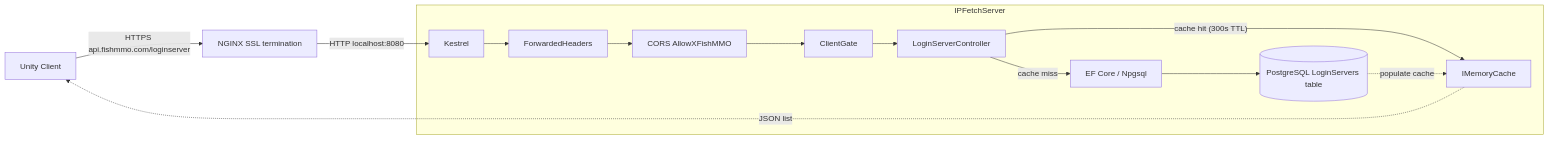
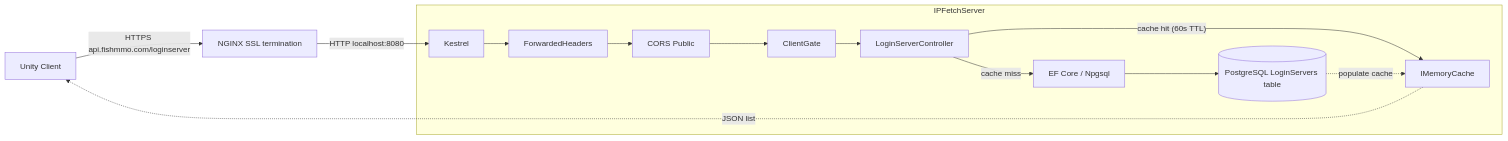
Before and after one commit to jimdroberts/FishMMO: the diagram in FishMMO-WebServers/IPFetchASP.NET/README.md, drawn with Mermaid. The commit also changed other lines of this file and 125 other files, not shown here.

````diff
--- a/FishMMO-WebServers/IPFetchASP.NET/README.md
+++ b/FishMMO-WebServers/IPFetchASP.NET/README.md
@@ -179,16 +180,16 @@
 ```mermaid
 flowchart LR
     Client[Unity Client] -->|"HTTPS api.fishmmo.com/loginserver"| Nginx[NGINX SSL termination]
     Nginx -->|"HTTP localhost:8080"| Kestrel[Kestrel]
     subgraph Server[IPFetchServer]
         Kestrel --> Fwd[ForwardedHeaders]
-        Fwd --> Cors[CORS AllowXFishMMO]
+        Fwd --> Cors[CORS Public]
         Cors --> Gate[ClientGate]
         Gate --> Ctrl[LoginServerController]
-        Ctrl -->|"cache hit (300s TTL)"| Cache[IMemoryCache]
+        Ctrl -->|"cache hit (60s TTL)"| Cache[IMemoryCache]
         Ctrl -->|cache miss| EF[EF Core / Npgsql]
         EF --> DB[("PostgreSQL LoginServers table")]
     end
     Cache -. JSON list .-> Client
     DB -. populate cache .-> Cache
 ```
````
